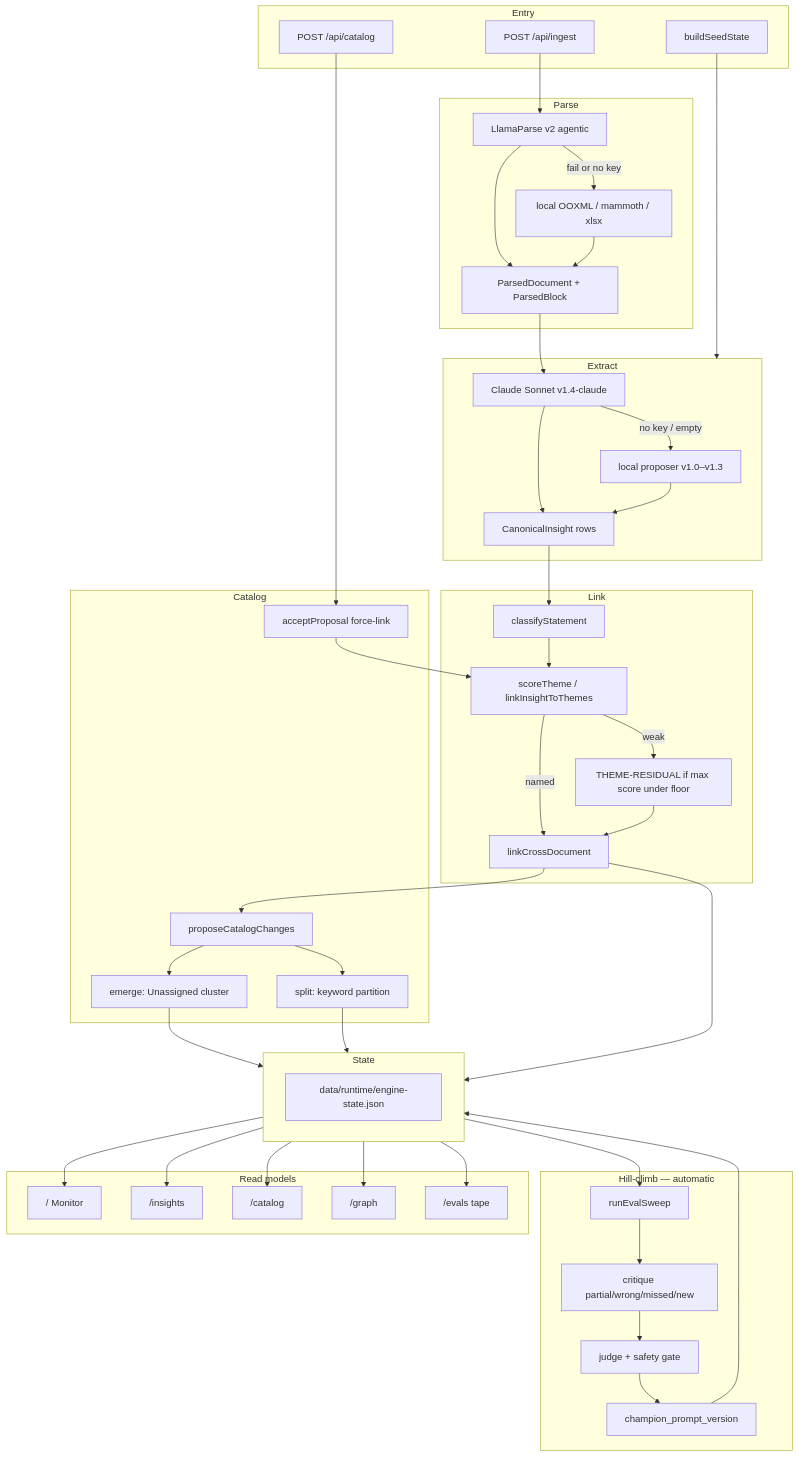
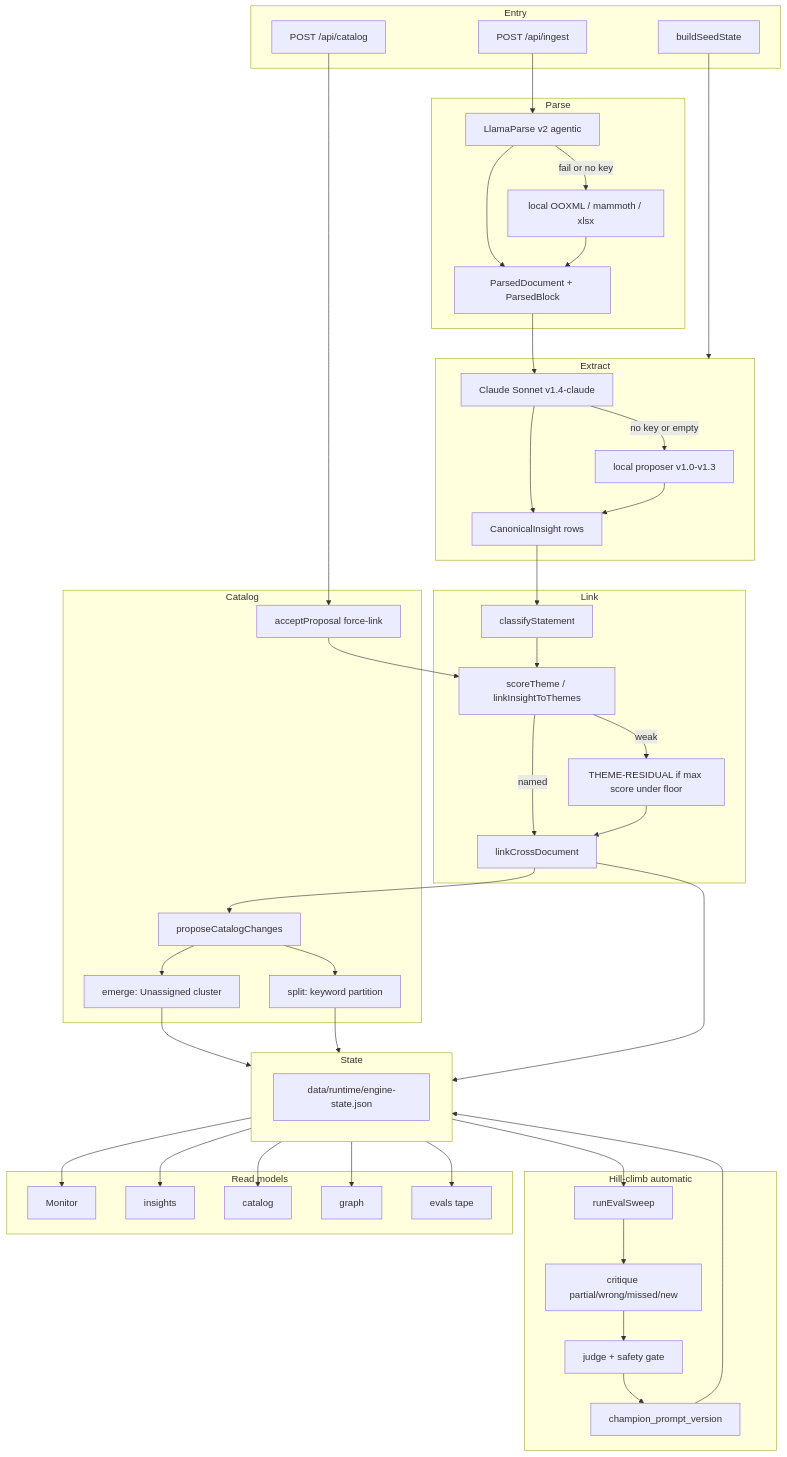
Before and after one commit to Shashb21/synapse: the first of 2 diagrams in docs/sdlc/10-flow-technical.md, drawn with Mermaid. The commit also changed other lines of this file and 4 other files, not shown here.

First line of the commit message:
Fix Mermaid 12 syntax in the spec flow diagrams.

````diff
--- a/docs/sdlc/10-flow-technical.md
+++ b/docs/sdlc/10-flow-technical.md
@@ -9,82 +9,82 @@
 ```mermaid
 flowchart TB
-  subgraph entry [Entry]
-    seed[buildSeedState]
+  subgraph entry["Entry"]
+    seed["buildSeedState"]
     post["POST /api/ingest"]
     accept["POST /api/catalog"]
   end
 
-  subgraph parse [Parse]
-    llama[LlamaParse v2 agentic]
-    ooxml[local OOXML / mammoth / xlsx]
-    blocks[ParsedDocument + ParsedBlock]
+  subgraph parse["Parse"]
+    llama["LlamaParse v2 agentic"]
+    ooxml["local OOXML / mammoth / xlsx"]
+    blocks["ParsedDocument + ParsedBlock"]
   end
 
-  subgraph extract [Extract]
+  subgraph extract["Extract"]
     claude["Claude Sonnet v1.4-claude"]
-    local["local proposer v1.0–v1.3"]
-    cir[CanonicalInsight rows]
+    local["local proposer v1.0-v1.3"]
+    cir["CanonicalInsight rows"]
   end
 
-  subgraph link [Link]
-    classify[classifyStatement]
-    score[scoreTheme / linkInsightToThemes]
-    cross[linkCrossDocument]
-    residual[THEME-RESIDUAL if max score under floor]
+  subgraph linkStep["Link"]
+    classify["classifyStatement"]
+    score["scoreTheme / linkInsightToThemes"]
+    cross["linkCrossDocument"]
+    residual["THEME-RESIDUAL if max score under floor"]
   end
 
-  subgraph evolve [Catalog]
-    propose[proposeCatalogChanges]
-    emerge[emerge: Unassigned cluster]
-    split[split: keyword partition]
-    force[acceptProposal force-link]
+  subgraph evolve["Catalog"]
+    propose["proposeCatalogChanges"]
+    emerge["emerge: Unassigned cluster"]
+    split["split: keyword partition"]
+    force["acceptProposal force-link"]
   end
 
-  subgraph eval [Hill-climb — automatic]
-    sweep[runEvalSweep]
-    critique[critique partial/wrong/missed/new]
-    judge[judge + safety gate]
-    champ[champion_prompt_version]
+  subgraph eval["Hill-climb automatic"]
+    sweep["runEvalSweep"]
+    critique["critique partial/wrong/missed/new"]
+    judge["judge + safety gate"]
+    champ["champion_prompt_version"]
   end
 
-  subgraph persist [State]
+  subgraph persist["State"]
     json["data/runtime/engine-state.json"]
   end
 
-  subgraph read [Read models]
-    monitor["/ Monitor"]
-    insights["/insights"]
-    catalogUI["/catalog"]
-    graphUI["/graph"]
-    evals["/evals tape"]
+  subgraph read["Read models"]
+    monitor["Monitor"]
+    insights["insights"]
+    catalogUI["catalog"]
+    graphUI["graph"]
+    evals["evals tape"]
   end
 
   seed --> extract
   post --> llama
-  llama -->|fail or no key| ooxml
+  llama -->|"fail or no key"| ooxml
   llama --> blocks
   ooxml --> blocks
   blocks --> claude
-  claude -->|no key / empty| local
+  claude -->|"no key or empty"| local
   claude --> cir
   local --> cir
   cir --> classify --> score
   score -->|named| cross
   score -->|weak| residual --> cross
   cross --> propose
   propose --> emerge
   propose --> split
   accept --> force
   force --> score
   emerge --> persist
   split --> persist
   cross --> persist
   persist --> sweep
   sweep --> critique --> judge --> champ
   champ --> persist
   persist --> monitor
   persist --> insights
   persist --> catalogUI
   persist --> graphUI
   persist --> evals
 ```
````
